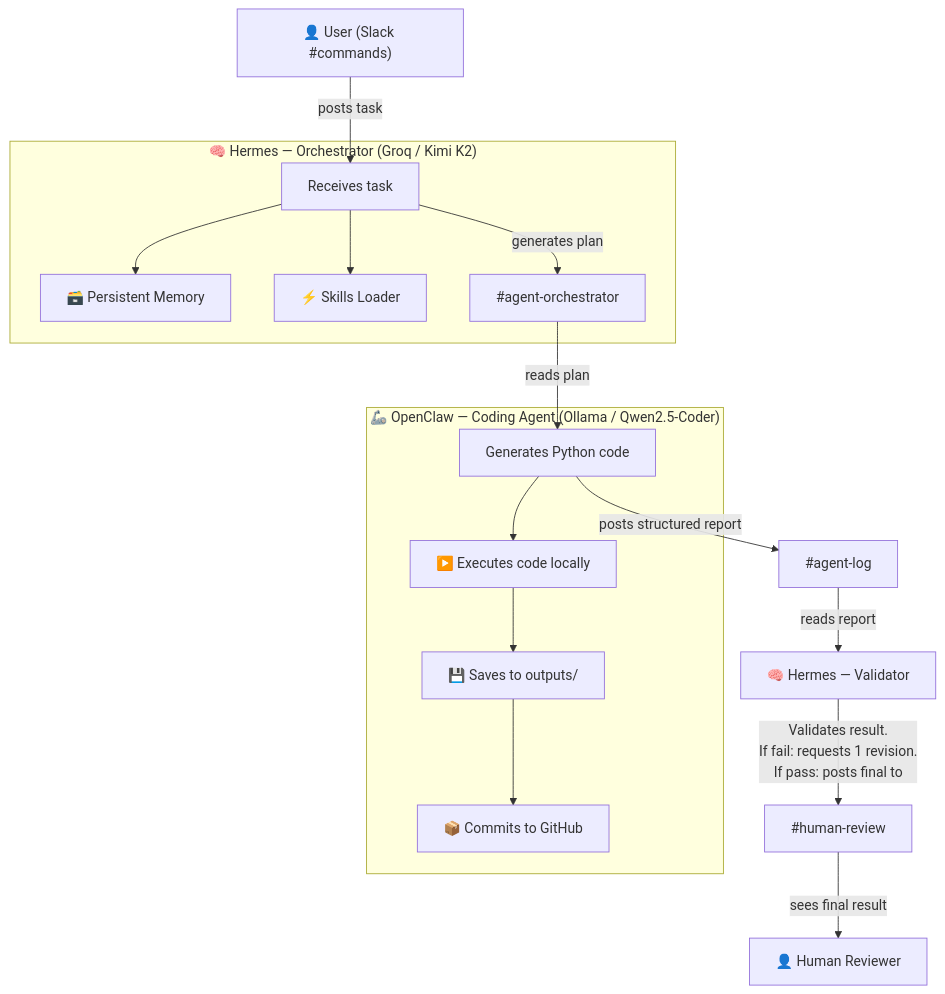
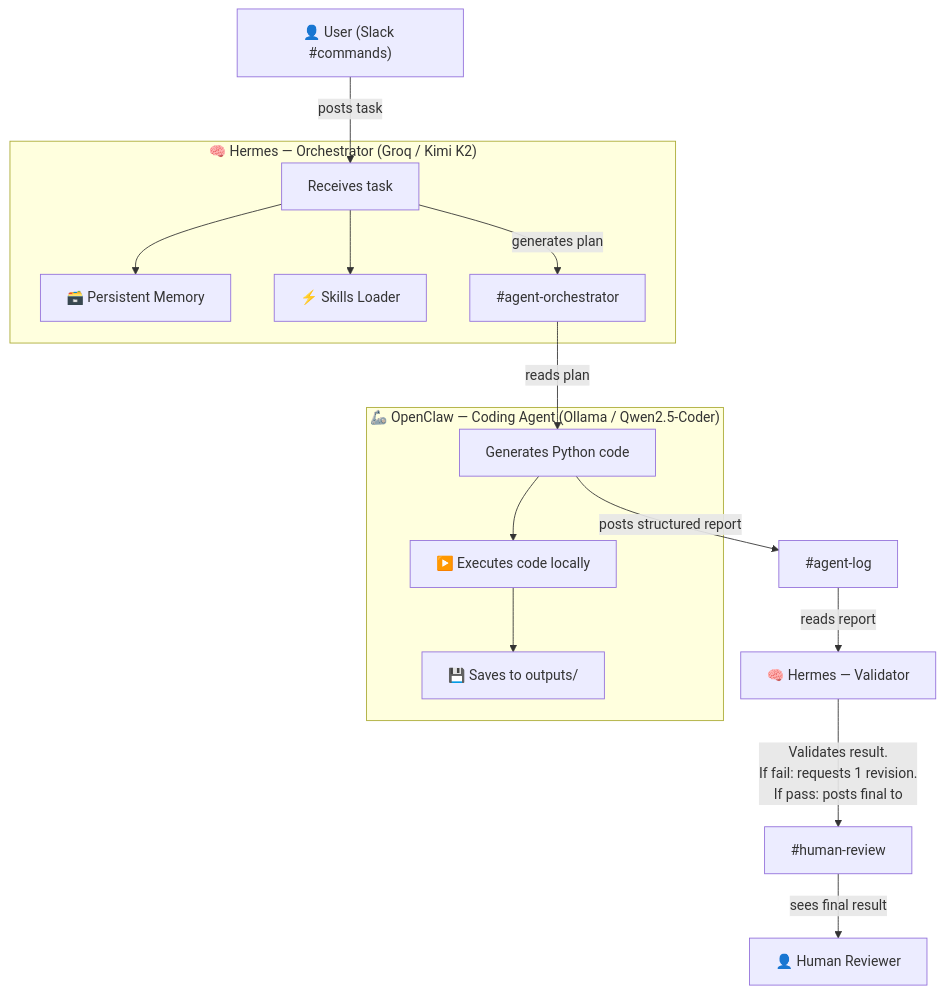
One commit to Abishek2207/forge2-qualifier-abishek changed the diagram in README.md. Above: the diagram before and after it, drawn with Mermaid. The commit also changed other lines of this file and 2 other files, not shown here.

````diff
--- a/README.md
+++ b/README.md
@@ -21,36 +21,34 @@
 ```mermaid
 flowchart TD
     User["👤 User (Slack #commands)"] -->|"posts task"| Hermes
 
     subgraph HermesAgent["🧠 Hermes — Orchestrator (Groq / Kimi K2)"]
         Hermes["Receives task"]
         Memory["🗃️ Persistent Memory"]
         Skills["⚡ Skills Loader"]
         Hermes --> Memory
         Hermes --> Skills
         Hermes -->|"generates plan"| OrchChannel["#agent-orchestrator"]
     end
 
     OrchChannel -->|"reads plan"| OpenClaw
 
     subgraph OpenClawAgent["🦾 OpenClaw — Coding Agent (Ollama / Qwen2.5-Coder)"]
         OpenClaw["Generates Python code"]
         Sandbox["▶️ Executes code locally"]
         Outputs["💾 Saves to outputs/"]
-        GitPush["📦 Commits to GitHub"]
         
         OpenClaw --> Sandbox
         Sandbox --> Outputs
-        Outputs --> GitPush
     end
 
     OpenClaw -->|"posts structured report"| LogChannel["#agent-log"]
 
     LogChannel -->|"reads report"| HermesValidate["🧠 Hermes — Validator"]
     
     HermesValidate -->|"Validates result.
     If fail: requests 1 revision.
     If pass: posts final to"| ReviewChannel["#human-review"]
 
     ReviewChannel -->|"sees final result"| Human["👤 Human Reviewer"]
 ```
````
